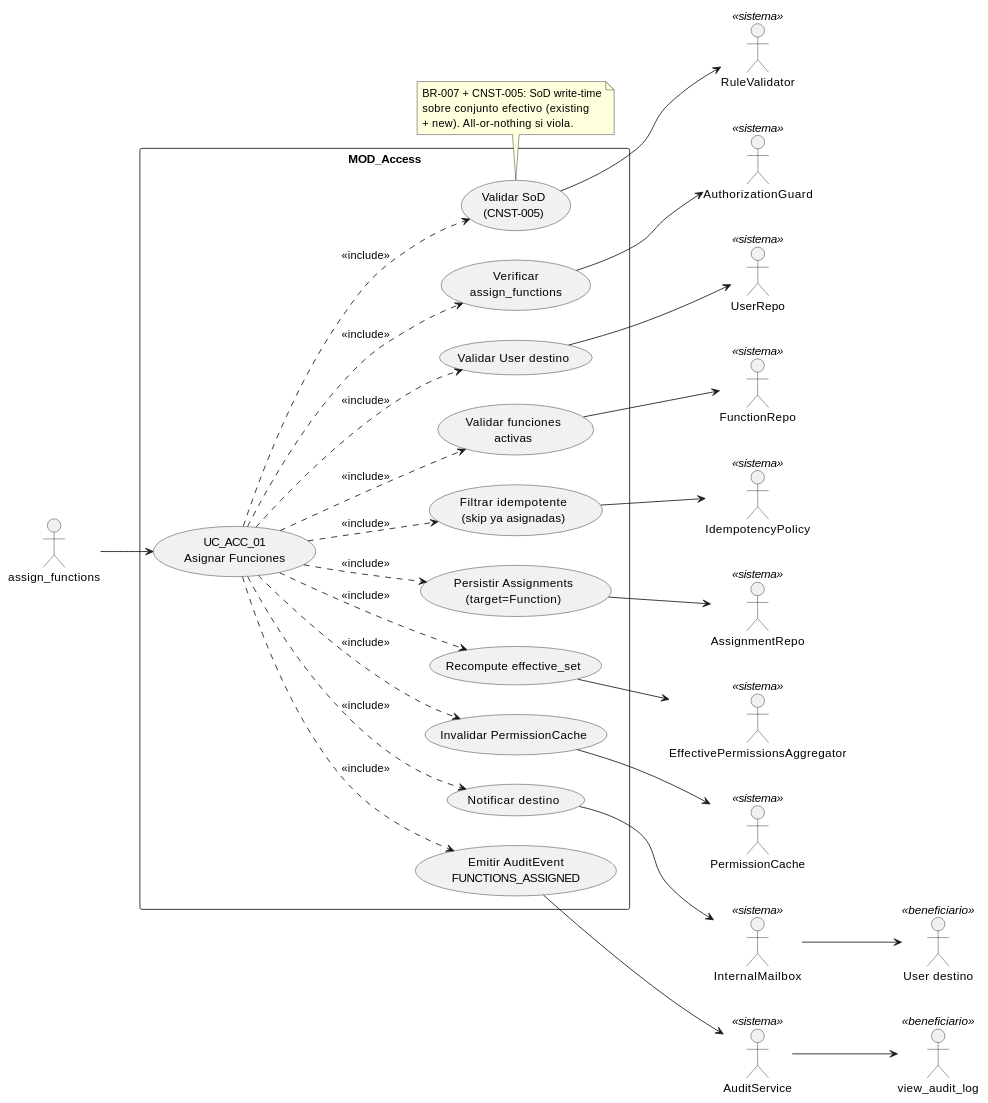
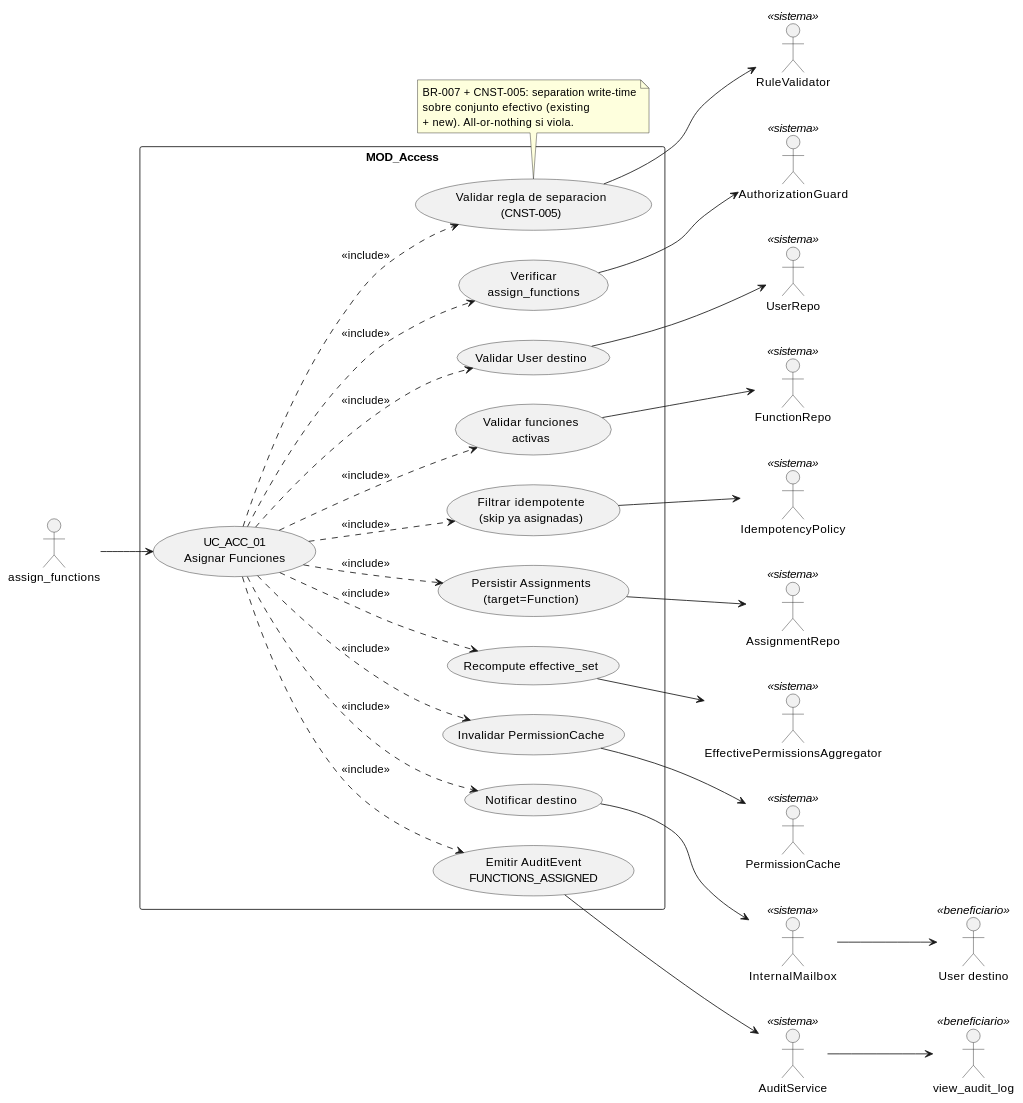
Before and after one commit to jcg-admin/IACT-docs: the diagram in source/arquitectura-tecnica/use-case-view/access/uc-acc-01-asignar-funciones.rst, drawn with PlantUML. The commit also changed other lines of this file, not shown here.

Commit message:
Replace SOD identifiers and narrative in uc-acc-01
T-001: Cat-1 + Cat-2 + Cat-3.
- VALIDAR_SOD -> VALIDAR_SEPARATION_RULES (alias plantuml).
- 'Validar SoD' (caption) -> 'Validar regla de separacion'.
- 'SoD write-time', 'reglas SoD', 'ejecuta SoD' -> formas
  con 'separacion'.

Refs: T-001, executor directive 'no Sod'

```diff
--- a/source/arquitectura-tecnica/use-case-view/access/uc-acc-01-asignar-funciones.rst
+++ b/source/arquitectura-tecnica/use-case-view/access/uc-acc-01-asignar-funciones.rst
@@ -26,68 +26,68 @@
 .. uml::
  :caption: UC_ACC_01 — actores y casos asociados.
 
  @startuml
 
  left to right direction
 
  actor "assign_functions" as assign_functions
  actor "User destino" as User_destino <<beneficiario>>
  actor "view_audit_log" as view_audit_log <<beneficiario>>
  actor "AuthorizationGuard" as AuthorizationGuard <<sistema>>
  actor "UserRepo" as UserRepo <<sistema>>
  actor "FunctionRepo" as FunctionRepo <<sistema>>
  actor "AssignmentRepo" as AssignmentRepo <<sistema>>
  actor "RuleValidator" as RuleValidator <<sistema>>
  actor "EffectivePermissionsAggregator" as EffectivePermissionsAggregator <<sistema>>
  actor "PermissionCache" as PermissionCache <<sistema>>
  actor "IdempotencyPolicy" as IdempotencyPolicy <<sistema>>
  actor "InternalMailbox" as InternalMailbox <<sistema>>
  actor "AuditService" as AuditService <<sistema>>
 
  rectangle "MOD_Access" {
    usecase "UC_ACC_01\nAsignar Funciones" as UC_ACC_01
    usecase "Verificar\nassign_functions" as VERIFICAR_AGR
    usecase "Validar User destino" as VALIDAR_USR
    usecase "Validar funciones\nactivas" as VALIDAR_FUNCION
    usecase "Filtrar idempotente\n(skip ya asignadas)" as IDEMP
-   usecase "Validar SoD\n(CNST-005)" as VALIDAR_SOD
+   usecase "Validar regla de separacion\n(CNST-005)" as VALIDAR_SEPARATION_RULES
    usecase "Persistir Assignments\n(target=Function)" as PERSISTIR
    usecase "Recompute effective_set" as RECALC
    usecase "Invalidar PermissionCache" as INVALIDAR
    usecase "Notificar destino" as NOTIFICAR
    usecase "Emitir AuditEvent\nFUNCTIONS_ASSIGNED" as AUDITAR
  }
 
  assign_functions --> UC_ACC_01
 
  UC_ACC_01 ..> VERIFICAR_AGR : <<include>>
  UC_ACC_01 ..> VALIDAR_USR : <<include>>
  UC_ACC_01 ..> VALIDAR_FUNCION : <<include>>
  UC_ACC_01 ..> IDEMP : <<include>>
- UC_ACC_01 ..> VALIDAR_SOD : <<include>>
+ UC_ACC_01 ..> VALIDAR_SEPARATION_RULES : <<include>>
  UC_ACC_01 ..> PERSISTIR : <<include>>
  UC_ACC_01 ..> RECALC : <<include>>
  UC_ACC_01 ..> INVALIDAR : <<include>>
  UC_ACC_01 ..> NOTIFICAR : <<include>>
  UC_ACC_01 ..> AUDITAR : <<include>>
 
  VERIFICAR_AGR --> AuthorizationGuard
  VALIDAR_USR --> UserRepo
  VALIDAR_FUNCION --> FunctionRepo
  IDEMP --> IdempotencyPolicy
- VALIDAR_SOD --> RuleValidator
+ VALIDAR_SEPARATION_RULES --> RuleValidator
  PERSISTIR --> AssignmentRepo
  RECALC --> EffectivePermissionsAggregator
  INVALIDAR --> PermissionCache
  NOTIFICAR --> InternalMailbox
  InternalMailbox --> User_destino
  AUDITAR --> AuditService
  AuditService --> view_audit_log
 
- note bottom of VALIDAR_SOD
-   BR-007 + CNST-005: SoD write-time
+ note bottom of VALIDAR_SEPARATION_RULES
+   BR-007 + CNST-005: separation write-time
    sobre conjunto efectivo (existing
    + new). All-or-nothing si viola.
  end note
 
  @enduml
```
